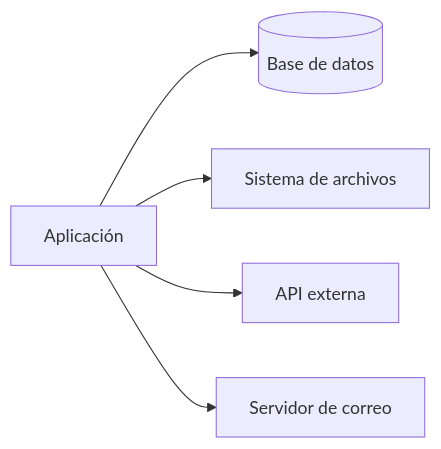
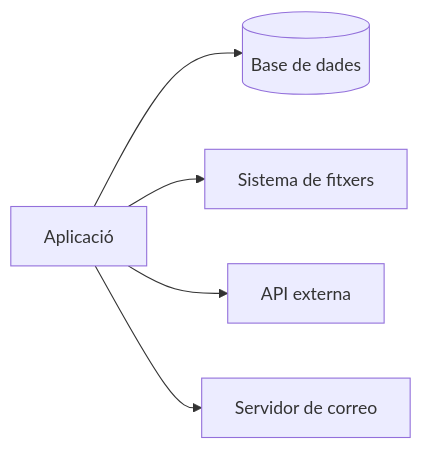
One commit to jordicido/jordicina changed the second of 3 diagrams in docs/daw-daw/up3/06-ajustes-despliegue.md. Above: the diagram before and after it, drawn with Mermaid. The commit also changed other lines of this file and 10 other files, not shown here.

````diff
--- a/docs/daw-daw/up3/06-ajustes-despliegue.md
+++ b/docs/daw-daw/up3/06-ajustes-despliegue.md
@@ -303,7 +303,7 @@
 ```mermaid
 flowchart LR
-    APP["Aplicación"] --> DB[("Base de datos")]
-    APP --> FS["Sistema de archivos"]
+    APP["Aplicació"] --> DB[("Base de dades")]
+    APP --> FS["Sistema de fitxers"]
     APP --> API["API externa"]
     APP --> MAIL["Servidor de correo"]
 ```
````
